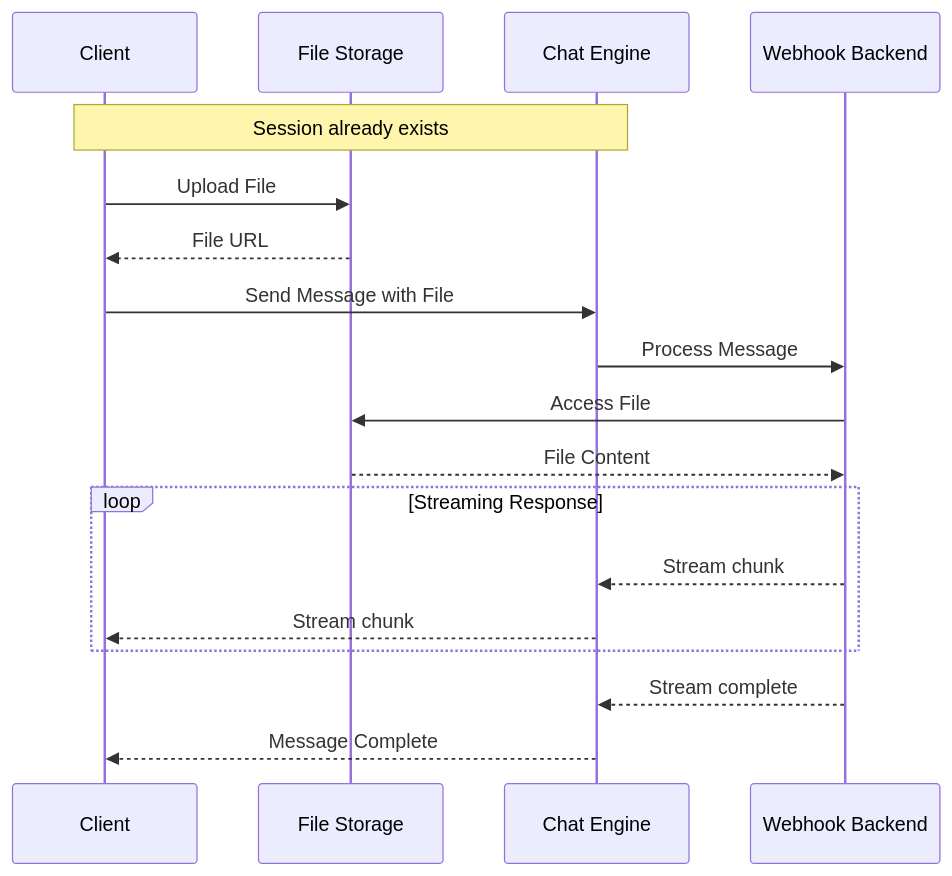
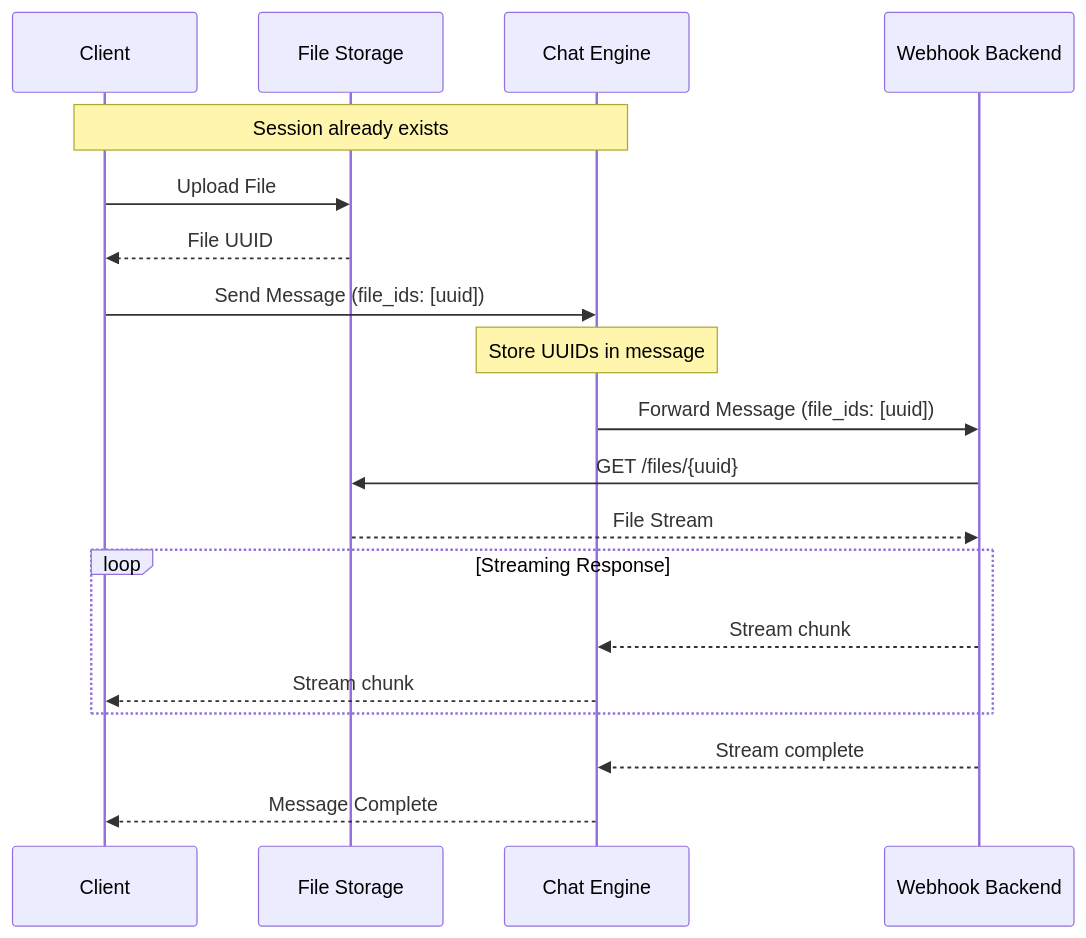
One commit to hypernetix/hyperspot changed the fourth of 16 diagrams in modules/chat_engine/DESIGN.md. Above: the diagram before and after it, drawn with Mermaid. The commit also changed other lines of this file and 13 other files, not shown here.

````diff
--- a/modules/chat_engine/DESIGN.md
+++ b/modules/chat_engine/DESIGN.md
@@ -506,26 +506,27 @@
 ```mermaid
 sequenceDiagram
     participant Client
     participant File Storage
     participant Chat Engine
     participant Webhook Backend
 
     Note over Client,Chat Engine: Session already exists
 
     Client->>File Storage: Upload File
-    File Storage-->>Client: File URL
+    File Storage-->>Client: File UUID
 
-    Client->>Chat Engine: Send Message with File
-    Chat Engine->>Webhook Backend: Process Message
+    Client->>Chat Engine: Send Message (file_ids: [uuid])
+    Note over Chat Engine: Store UUIDs in message
+    Chat Engine->>Webhook Backend: Forward Message (file_ids: [uuid])
 
-    Webhook Backend->>File Storage: Access File
-    File Storage-->>Webhook Backend: File Content
+    Webhook Backend->>File Storage: GET /files/{uuid}
+    File Storage-->>Webhook Backend: File Stream
 
     loop Streaming Response
         Webhook Backend-->>Chat Engine: Stream chunk
         Chat Engine-->>Client: Stream chunk
     end
 
     Webhook Backend-->>Chat Engine: Stream complete
     Chat Engine-->>Client: Message Complete
 ```
````
